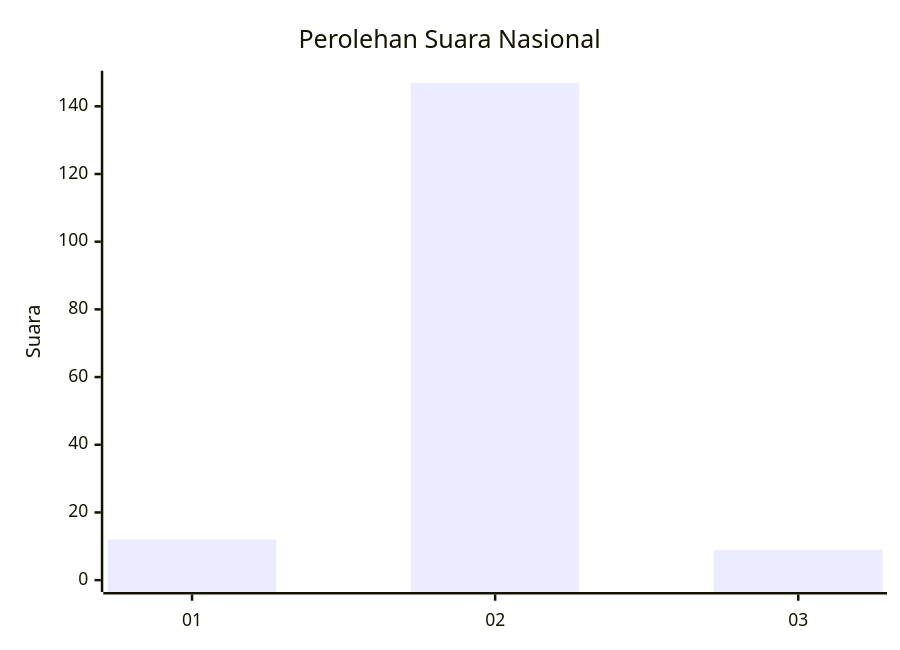
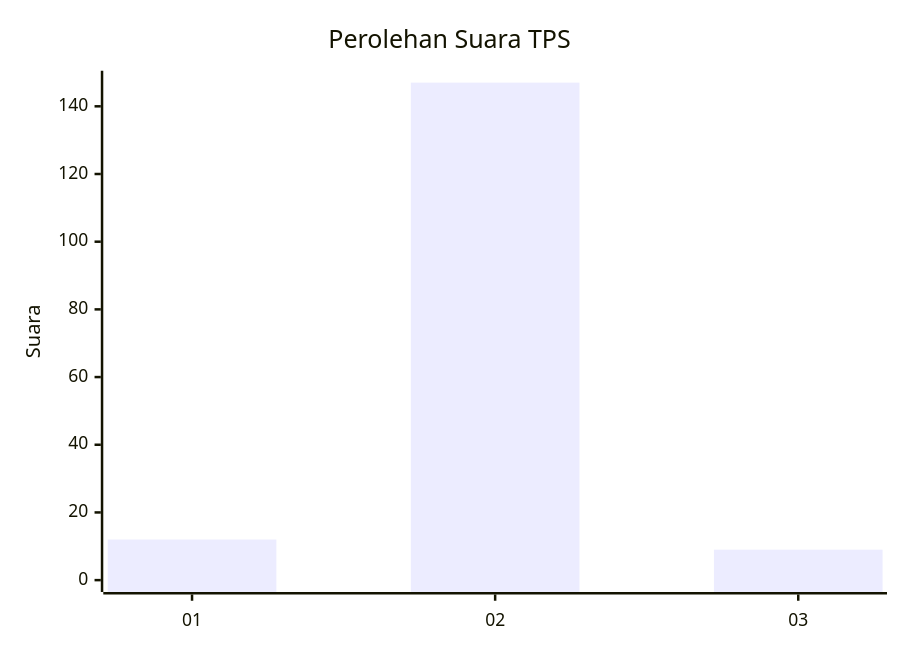
The first of 2 diagrams in pilpres/hitung-suara/sub/17-bengkulu/sub/02-rejang-lebong/sub/07-padang-ulak-tanding/sub/2014-ujan-panas/sub/001-tps/README.md (gigit-pemilu/pemilu-2024-17-bengkulu), drawn with Mermaid before and after one commit. The commit also changed other lines of this file and 4958 other files, not shown here.

````diff
--- a/pilpres/hitung-suara/sub/17-bengkulu/sub/02-rejang-lebong/sub/07-padang-ulak-tanding/sub/2014-ujan-panas/sub/001-tps/README.md
+++ b/pilpres/hitung-suara/sub/17-bengkulu/sub/02-rejang-lebong/sub/07-padang-ulak-tanding/sub/2014-ujan-panas/sub/001-tps/README.md
@@ -5,7 +5,7 @@
 ```mermaid
 xychart-beta
-    title "Perolehan Suara Nasional"
+    title "Perolehan Suara TPS"
     x-axis [01, 02, 03]
     y-axis "Suara" 0 --> 147
     bar [12, 147, 9]
 ```
````
